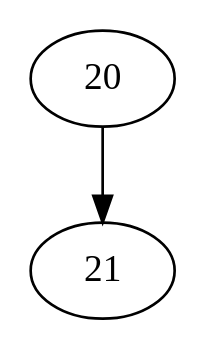
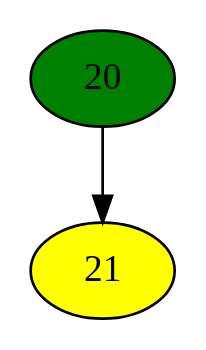
The diagram in test_files/test_files/function_Pseudo-main at 0 (ID 0).dot (brianedmonds90/CFG-Hip-Hop), drawn with Graphviz before and after one commit. The commit also changed 8 other files, not shown here.

```diff
--- a/test_files/test_files/function_Pseudo-main at 0 (ID 0).dot
+++ b/test_files/test_files/function_Pseudo-main at 0 (ID 0).dot
@@ -1,6 +1,6 @@
 digraph testName {
 0 [label="20"];
-1 [label="21" fillcolor= yellow];
+1 [label="21" fillcolor= yellow, style = filled];
 0 -> 1;
-
+0 [fillcolor = green, style = filled]
 }
```
